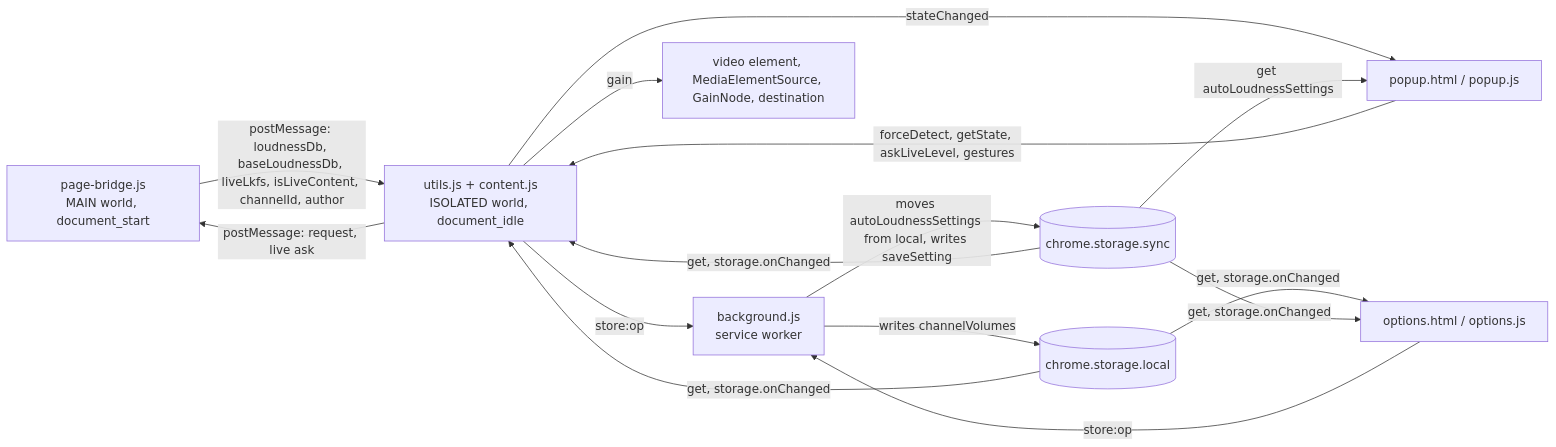
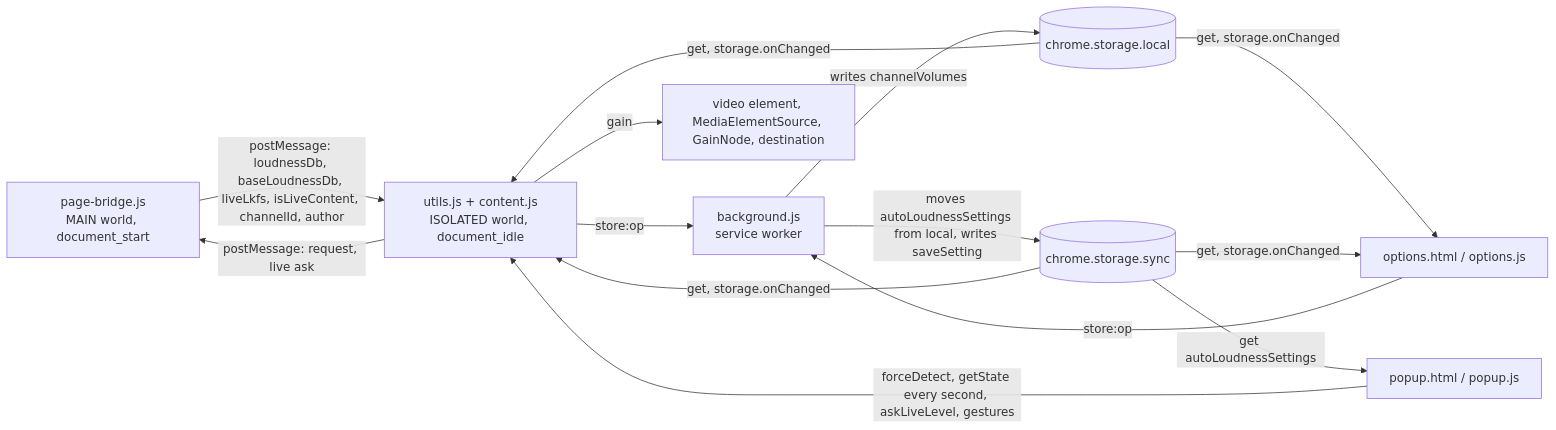
One commit to semnil/yt-channel-volume changed the diagram in CLAUDE.md. Above: the diagram before and after it, drawn with Mermaid. The commit also changed other lines of this file and 9 other files, not shown here.

Commit message:
fix: ask for the popup's state every second while it is open, in place of the page telling it, through channel-volume-core's 2978d86

````diff
--- a/CLAUDE.md
+++ b/CLAUDE.md
@@ -10,26 +10,25 @@
 ```mermaid
 flowchart LR
   bridge["page-bridge.js<br>MAIN world, document_start"]
   content["utils.js + content.js<br>ISOLATED world, document_idle"]
   bg["background.js<br>service worker"]
   popup["popup.html / popup.js"]
   options["options.html / options.js"]
   store[("chrome.storage.local")]
   sync[("chrome.storage.sync")]
   audio["video element, MediaElementSource, GainNode, destination"]
 
   bridge -- "postMessage: loudnessDb, baseLoudnessDb, liveLkfs, isLiveContent, channelId, author" --> content
   content -- "postMessage: request, live ask" --> bridge
-  popup -- "forceDetect, getState, askLiveLevel, gestures" --> content
-  content -- "stateChanged" --> popup
+  popup -- "forceDetect, getState every second, askLiveLevel, gestures" --> content
   content -- "store:op" --> bg
   options -- "store:op" --> bg
   bg -- "writes channelVolumes" --> store
   bg -- "moves autoLoudnessSettings from local, writes saveSetting" --> sync
   store -- "get, storage.onChanged" --> content
   store -- "get, storage.onChanged" --> options
   sync -- "get, storage.onChanged" --> content
   sync -- "get, storage.onChanged" --> options
   sync -- "get autoLoudnessSettings" --> popup
   content -- "gain" --> audio
 ```
````
